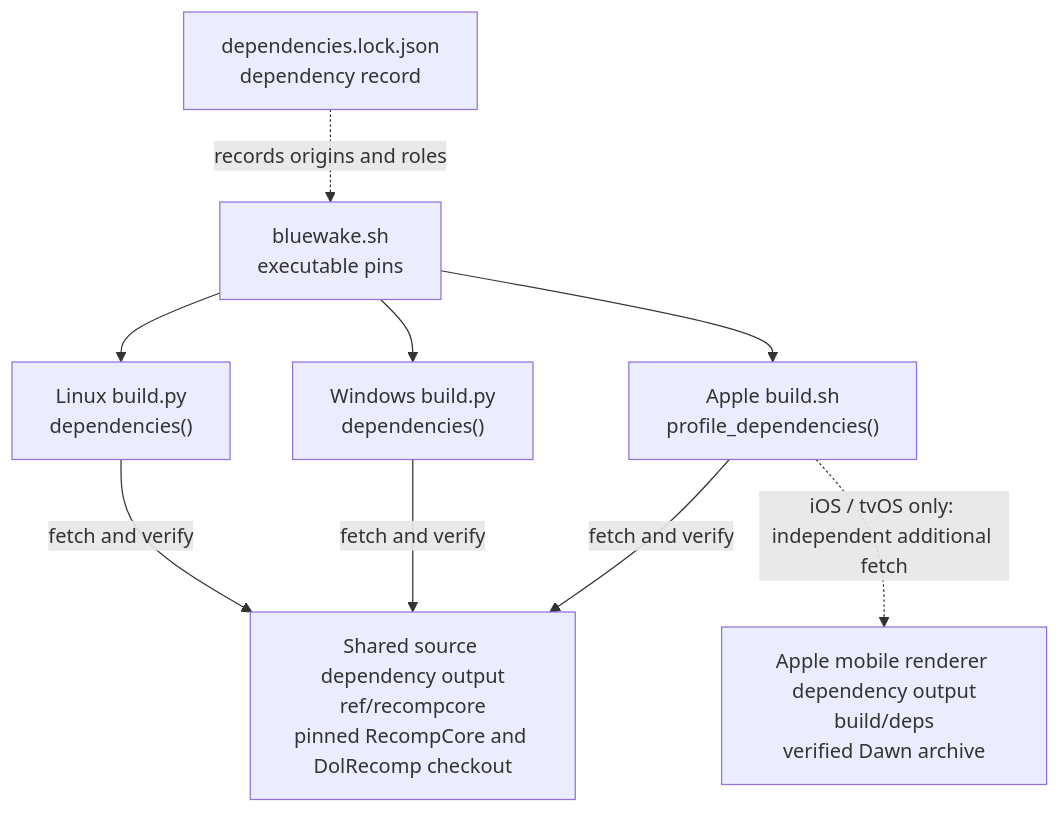
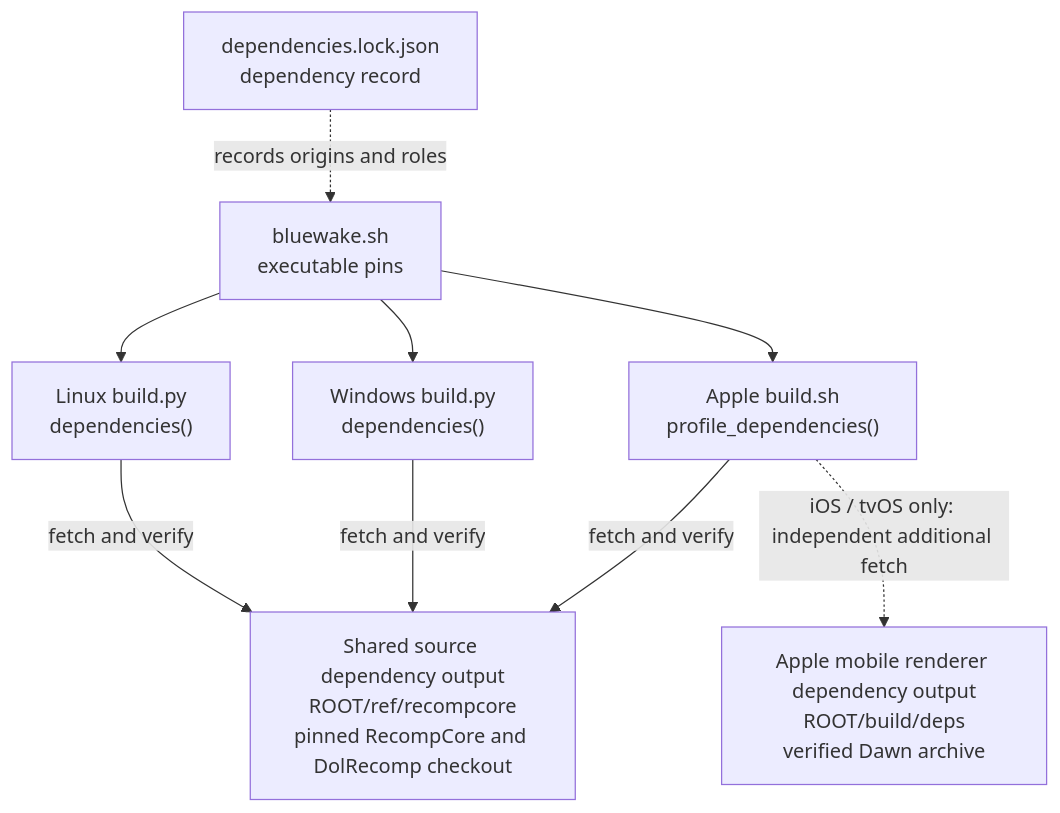
The third of 6 diagrams in docs/architecture/Build.md (Aelbannan/boat_of_daphnes), drawn with Mermaid before and after one commit. The commit also changed other lines of this file, not shown here.

Commit message:
docs: express build artifacts relative to output

````diff
--- a/docs/architecture/Build.md
+++ b/docs/architecture/Build.md
@@ -173,19 +176,19 @@
 ```mermaid
 flowchart TD
     Profile["bluewake.sh<br/>executable pins"]
     Lock["dependencies.lock.json<br/>dependency record"]
     Linux["Linux build.py<br/>dependencies()"]
     Windows["Windows build.py<br/>dependencies()"]
     Apple["Apple build.sh<br/>profile_dependencies()"]
-    Checkout["Shared source dependency output<br/>ref/recompcore<br/>pinned RecompCore and DolRecomp checkout"]
-    Dawn["Apple mobile renderer dependency output<br/>build/deps<br/>verified Dawn archive"]
+    Checkout["Shared source dependency output<br/>ROOT/ref/recompcore<br/>pinned RecompCore and DolRecomp checkout"]
+    Dawn["Apple mobile renderer dependency output<br/>ROOT/build/deps<br/>verified Dawn archive"]
 
     Profile --> Linux
     Profile --> Windows
     Profile --> Apple
     Linux -->|fetch and verify| Checkout
     Windows -->|fetch and verify| Checkout
     Apple -->|fetch and verify| Checkout
     Apple -. "iOS / tvOS only: independent additional fetch" .-> Dawn
     Lock -. "records origins and roles" .-> Profile
 ```
````
